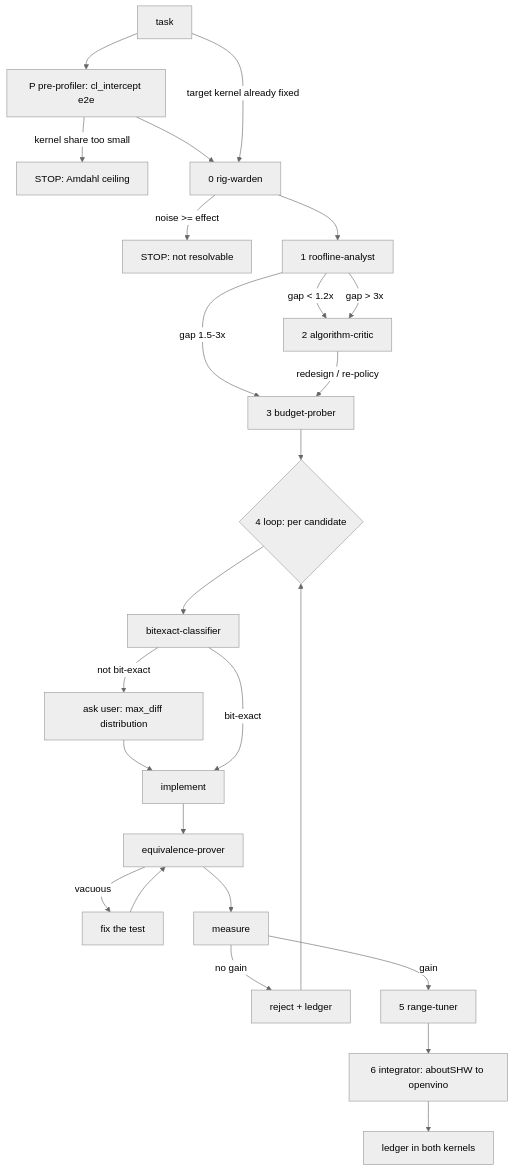
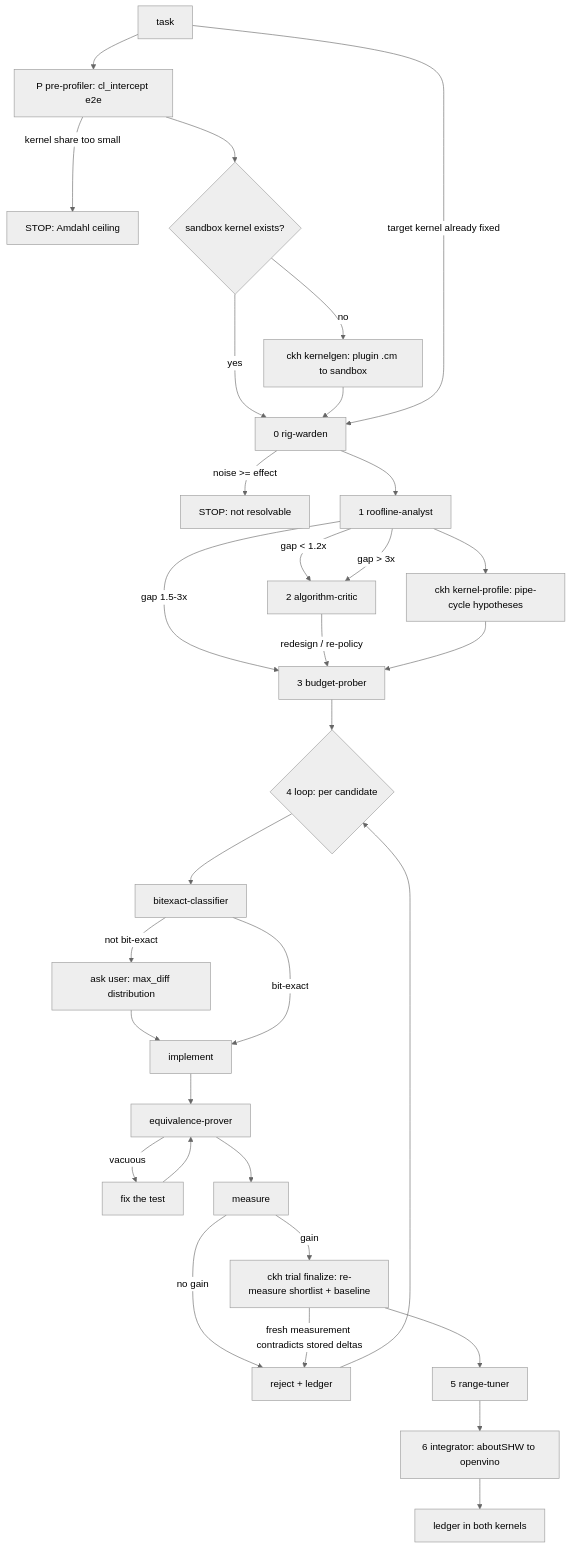
Before and after one commit to songbell/kernel-harness: the diagram in .claude/skills/cm-kernel-opt/WORKFLOW.md, drawn with Mermaid (neutral theme). The commit also changed other lines of this file and 19 other files, not shown here.

````diff
--- a/.claude/skills/cm-kernel-opt/WORKFLOW.md
+++ b/.claude/skills/cm-kernel-opt/WORKFLOW.md
@@ -136,25 +150,32 @@
 ```mermaid
 flowchart TD
     T[task] --> P[P pre-profiler: cl_intercept e2e]
     P -->|kernel share too small| STOP2[STOP: Amdahl ceiling]
-    P --> W[0 rig-warden]
+    P --> KG{sandbox kernel exists?}
+    KG -->|no| GEN[ckh kernelgen: plugin .cm to sandbox]
+    KG -->|yes| W[0 rig-warden]
+    GEN --> W
     T -->|target kernel already fixed| W
     W -->|noise >= effect| STOP[STOP: not resolvable]
     W --> R[1 roofline-analyst]
     R -->|gap < 1.2x| A[2 algorithm-critic]
     R -->|gap > 3x| A
     R -->|gap 1.5-3x| B[3 budget-prober]
     A -->|redesign / re-policy| B
+    KPF[ckh kernel-profile: pipe-cycle hypotheses] --> B
+    R --> KPF
     B --> L{4 loop: per candidate}
     L --> C[bitexact-classifier]
     C -->|not bit-exact| U[ask user: max_diff distribution]
     U --> I[implement]
     C -->|bit-exact| I
     I --> E[equivalence-prover]
     E -->|vacuous| E2[fix the test] --> E
     E --> M[measure]
     M -->|no gain| REJ[reject + ledger] --> L
-    M -->|gain| RT[5 range-tuner]
+    M -->|gain| FIN[ckh trial finalize: re-measure shortlist + baseline]
+    FIN -->|fresh measurement contradicts stored deltas| REJ
+    FIN --> RT[5 range-tuner]
     RT --> IN[6 integrator: aboutSHW to openvino]
     IN --> LG[ledger in both kernels]
 ```
````
